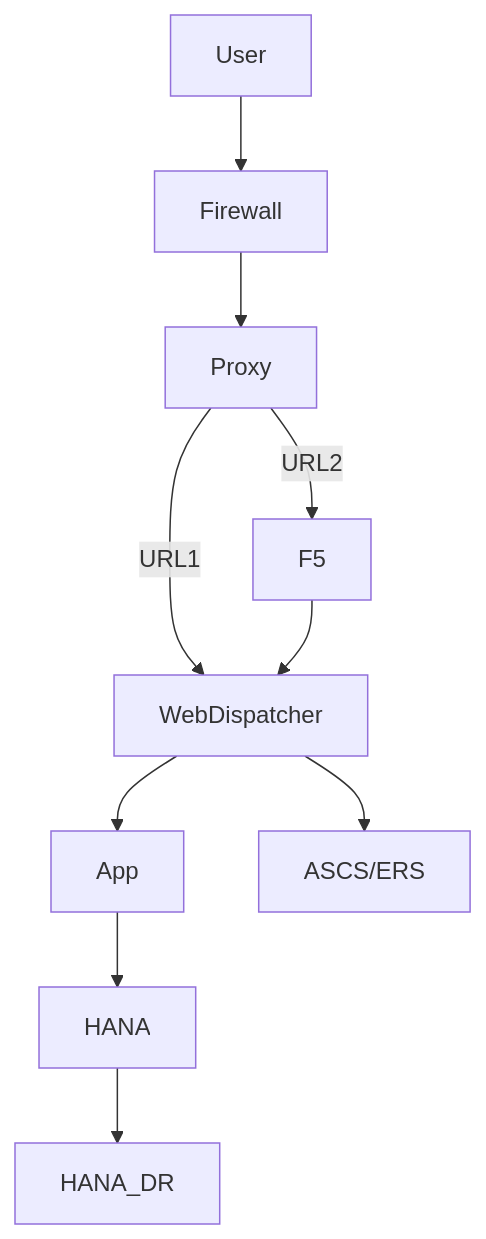
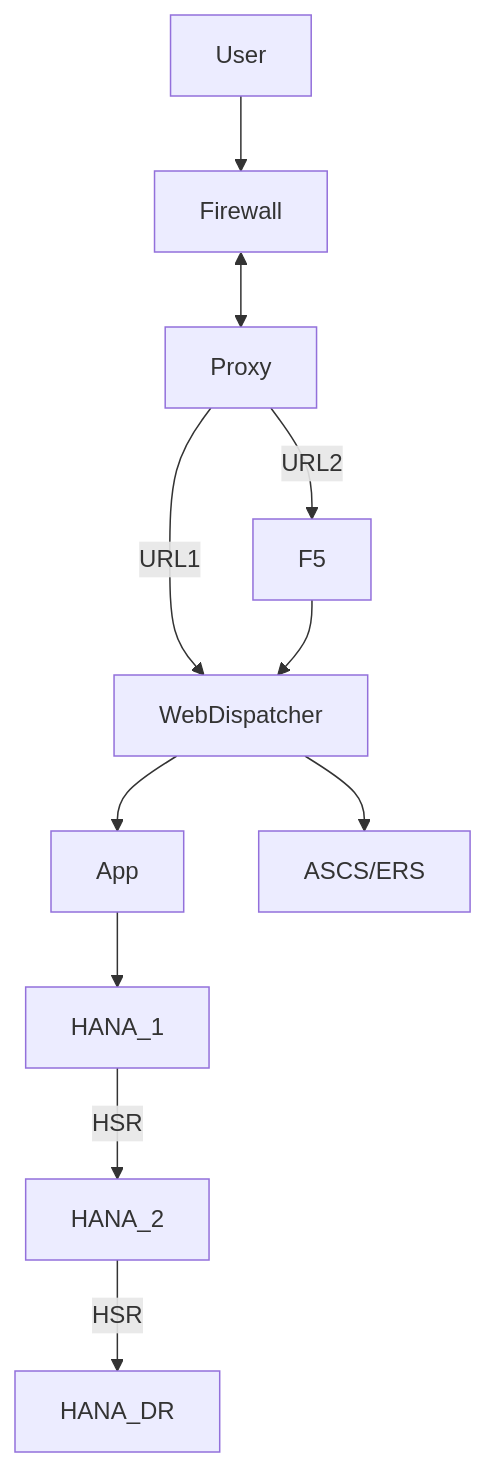
One commit to jauderho/sandbox changed the third of 3 diagrams in mermaid/SAP.md. Above: the diagram before and after it, drawn with Mermaid. The commit also changed other lines of this file, not shown here.

````diff
--- a/mermaid/SAP.md
+++ b/mermaid/SAP.md
@@ -41,12 +41,13 @@
 ```mermaid
-  flowchart TD
+  graph TD
   User-->Firewall
-  Firewall-->Proxy
+  Firewall<-->Proxy
   Proxy--URL2-->F5
   Proxy--URL1-->WebDispatcher
   F5-->WebDispatcher
   WebDispatcher-->App
   WebDispatcher-->ASCS/ERS
-  App-->HANA
-  HANA-->HANA_DR
+  App-->HANA_1
+  HANA_1--HSR-->HANA_2
+  HANA_2--HSR-->HANA_DR
 ```
````
